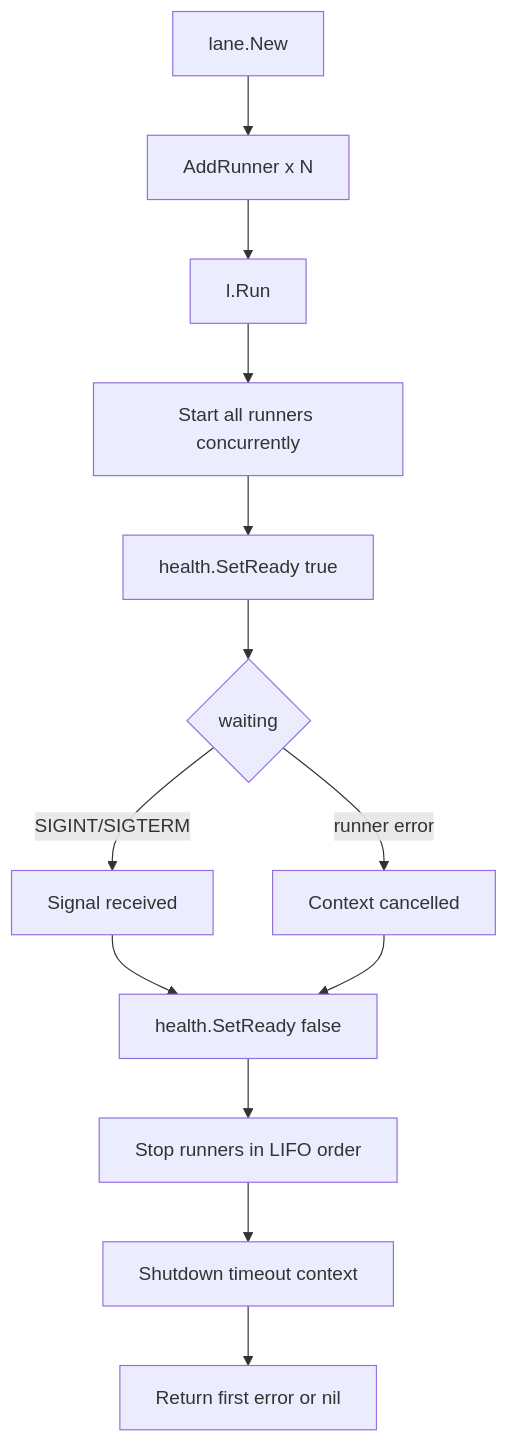
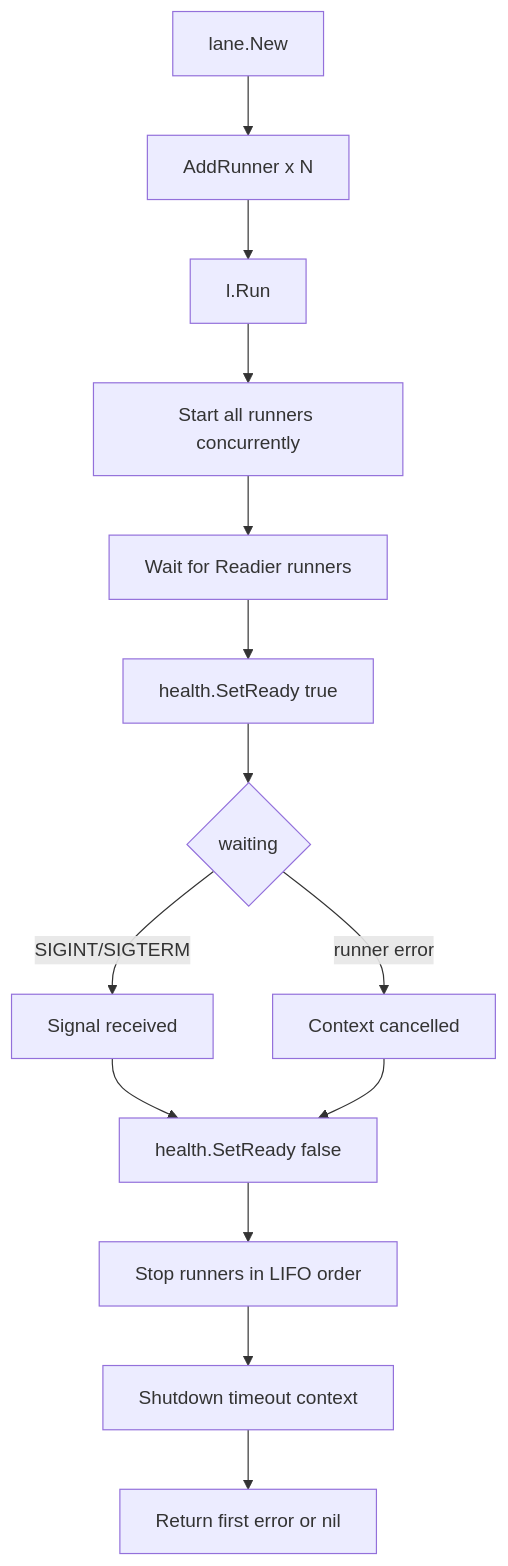
One commit to rluders/lane changed the diagram in README.md. Above: the diagram before and after it, drawn with Mermaid. The commit also changed other lines of this file and 5 other files, not shown here.

First line of the commit message:
fix: report ready only after runners are actually ready (#55)

````diff
--- a/README.md
+++ b/README.md
@@ -87,15 +87,16 @@
 ```mermaid
 flowchart TD
     A[lane.New] --> B[AddRunner x N]
     B --> C[l.Run]
     C --> D[Start all runners concurrently]
-    D --> E[health.SetReady true]
-    E --> F{waiting}
+    D --> E[Wait for Readier runners]
+    E --> E2[health.SetReady true]
+    E2 --> F{waiting}
     F -- SIGINT/SIGTERM --> G[Signal received]
     F -- runner error --> H[Context cancelled]
     G --> I[health.SetReady false]
     H --> I
     I --> J[Stop runners in LIFO order]
     J --> K[Shutdown timeout context]
     K --> L[Return first error or nil]
 ```
````
